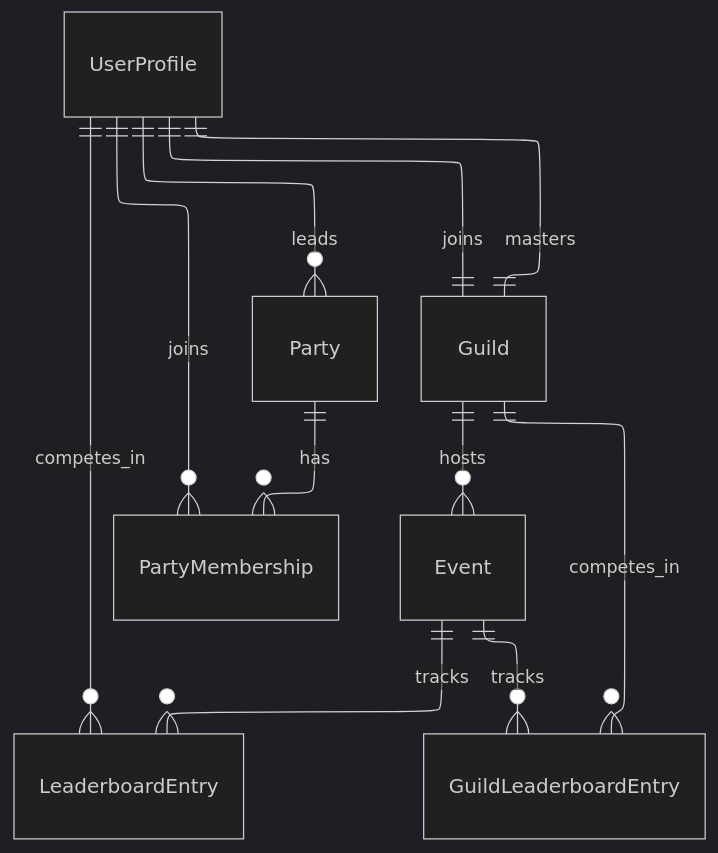
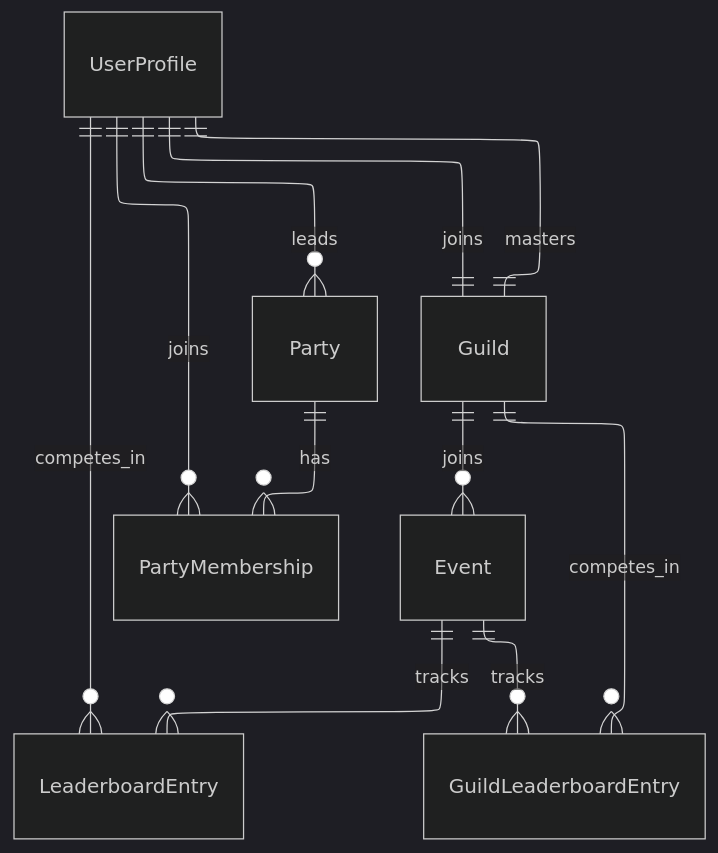
One commit to FA25SE050-RogueLearn/RogueLearn.BMAD.Documentation changed the diagram in mermaid-diagrams/erd/social-service-erd.md. Above: the diagram before and after it, drawn with Mermaid (dark theme). The commit also changed 1 other file, not shown here.

Commit message:
feat: update social and system erd

````diff
--- a/mermaid-diagrams/erd/social-service-erd.md
+++ b/mermaid-diagrams/erd/social-service-erd.md
@@ -5,17 +5,17 @@
 ```mermaid
 ---
 config:
   layout: elk
 ---
 erDiagram
     UserProfile ||--o{ Party : leads
     Party ||--o{ PartyMembership : has
     UserProfile ||--o{ PartyMembership : joins
     UserProfile ||--|| Guild : masters
     UserProfile ||--|| Guild : joins
-    Guild ||--o{ Event : hosts
+    Guild ||--o{ Event : joins
     UserProfile ||--o{ LeaderboardEntry : competes_in
     Event ||--o{ LeaderboardEntry : tracks
     Guild ||--o{ GuildLeaderboardEntry : competes_in
     Event ||--o{ GuildLeaderboardEntry : tracks
 ```
````
